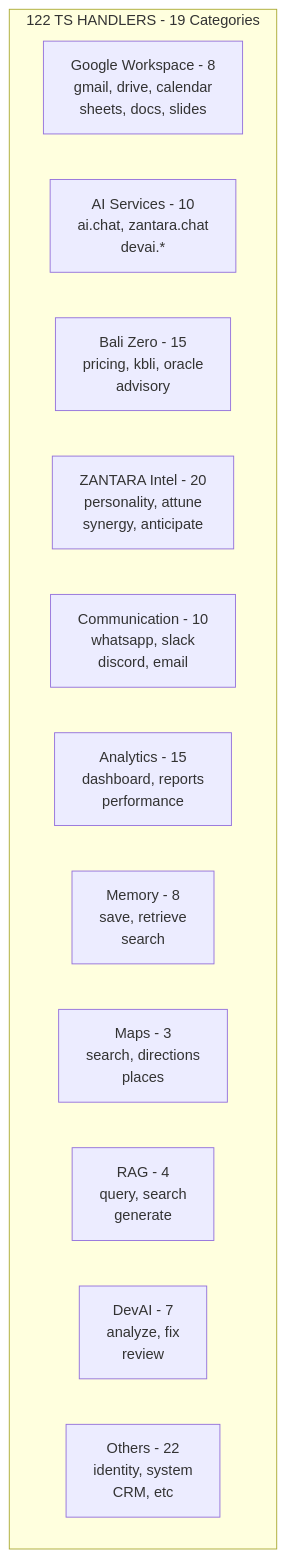
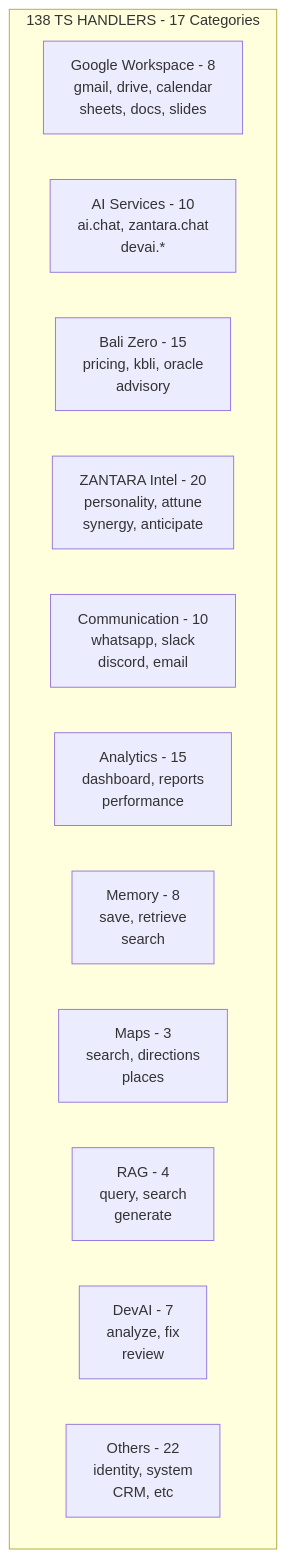
One commit to Balizero1987/nuzantara changed the first of 3 diagrams in docs/galaxy-map/02-technical-architecture.md. Above: the diagram before and after it, drawn with Mermaid. The commit also changed other lines of this file and 9 other files, not shown here.

First line of the commit message:
docs: update architecture documentation - handlers 93→138

````diff
--- a/docs/galaxy-map/02-technical-architecture.md
+++ b/docs/galaxy-map/02-technical-architecture.md
@@ -35,16 +35,16 @@
 ```mermaid
 graph TB
-    subgraph "122 TS HANDLERS - 19 Categories"
+    subgraph "138 TS HANDLERS - 17 Categories"
         H1[Google Workspace - 8<br/>gmail, drive, calendar<br/>sheets, docs, slides]
         H2[AI Services - 10<br/>ai.chat, zantara.chat<br/>devai.*]
         H3[Bali Zero - 15<br/>pricing, kbli, oracle<br/>advisory]
         H4[ZANTARA Intel - 20<br/>personality, attune<br/>synergy, anticipate]
         H5[Communication - 10<br/>whatsapp, slack<br/>discord, email]
         H6[Analytics - 15<br/>dashboard, reports<br/>performance]
         H7[Memory - 8<br/>save, retrieve<br/>search]
         H8[Maps - 3<br/>search, directions<br/>places]
         H9[RAG - 4<br/>query, search<br/>generate]
         H10[DevAI - 7<br/>analyze, fix<br/>review]
         H11[Others - 22<br/>identity, system<br/>CRM, etc]
     end
 ```
````
